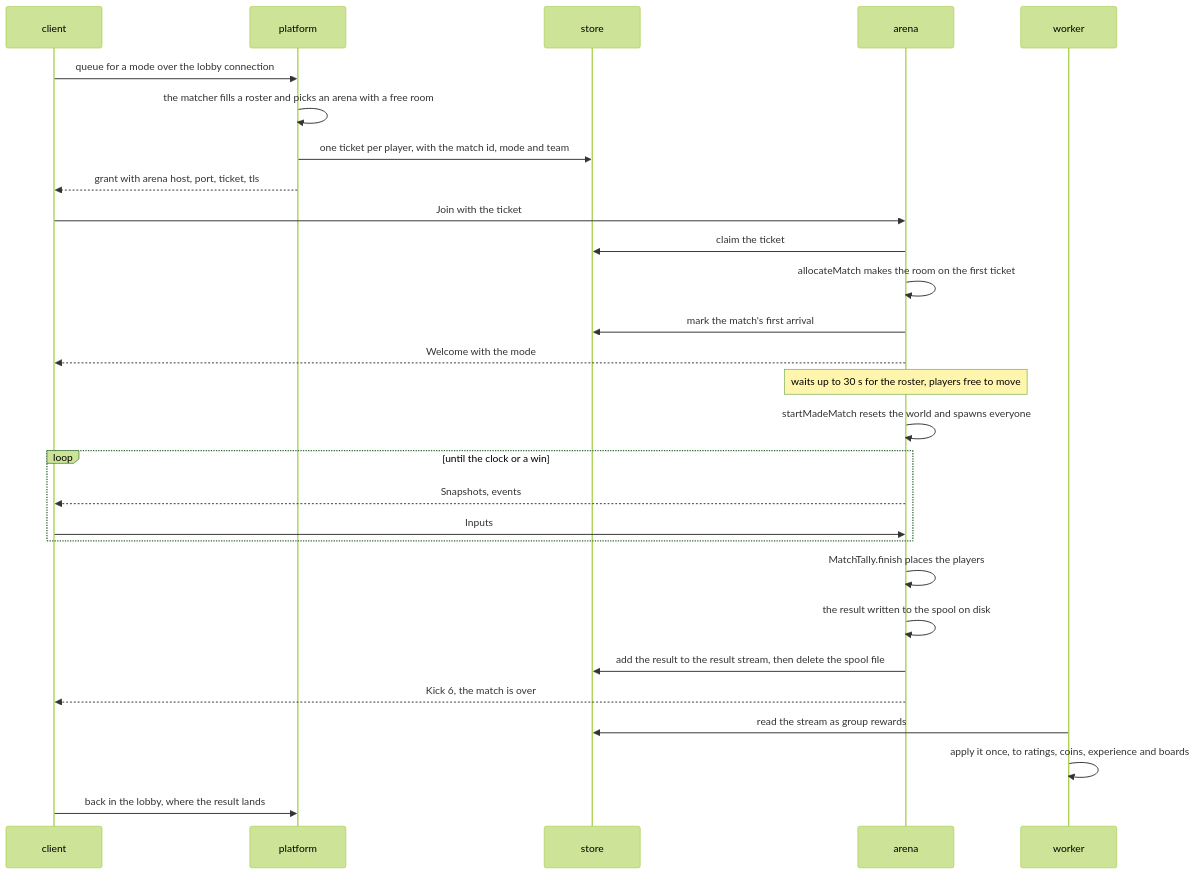
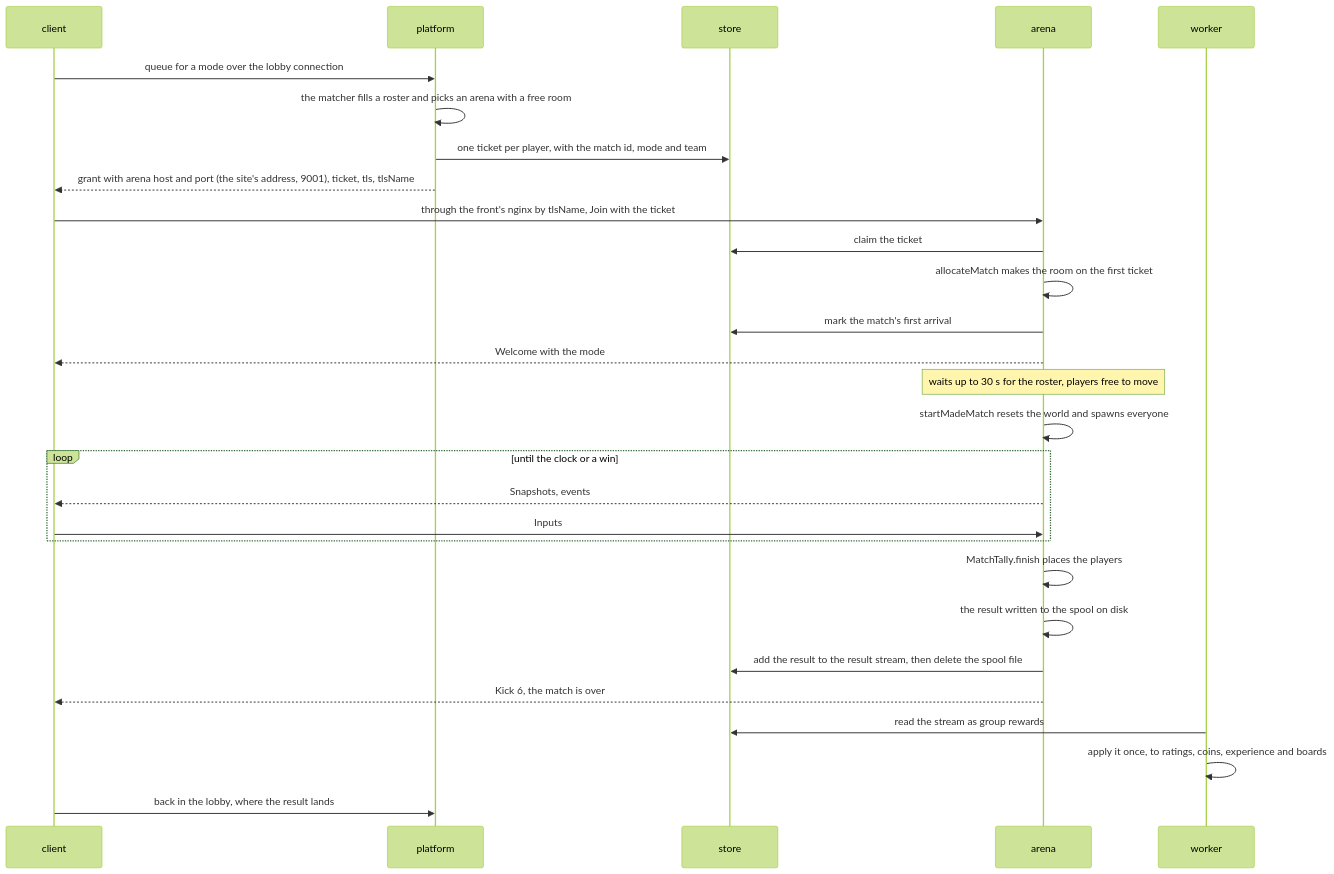
One commit to greensoft-atom/depio-simulation-platform changed the seventh of 8 diagrams in docs/diagrams/02-arena-and-wire.md. Above: the diagram before and after it, drawn with Mermaid (forest theme). The commit also changed other lines of this file and 64 other files, not shown here.

````diff
--- a/docs/diagrams/02-arena-and-wire.md
+++ b/docs/diagrams/02-arena-and-wire.md
@@ -232,30 +235,30 @@
 ```mermaid
 sequenceDiagram
     participant C as client
     participant P as platform
     participant S as store
     participant A as arena
     participant W as worker
     C->>P: queue for a mode over the lobby connection
     P->>P: the matcher fills a roster and picks an arena with a free room
     P->>S: one ticket per player, with the match id, mode and team
-    P-->>C: grant with arena host, port, ticket, tls
-    C->>A: Join with the ticket
+    P-->>C: grant with arena host and port (the site's address, 9001), ticket, tls, tlsName
+    C->>A: through the front's nginx by tlsName, Join with the ticket
     A->>S: claim the ticket
     A->>A: allocateMatch makes the room on the first ticket
     A->>S: mark the match's first arrival
     A-->>C: Welcome with the mode
     Note over A: waits up to 30 s for the roster, players free to move
     A->>A: startMadeMatch resets the world and spawns everyone
     loop until the clock or a win
         A-->>C: Snapshots, events
         C->>A: Inputs
     end
     A->>A: MatchTally.finish places the players
     A->>A: the result written to the spool on disk
     A->>S: add the result to the result stream, then delete the spool file
     A-->>C: Kick 6, the match is over
     W->>S: read the stream as group rewards
     W->>W: apply it once, to ratings, coins, experience and boards
     C->>P: back in the lobby, where the result lands
 ```
````
